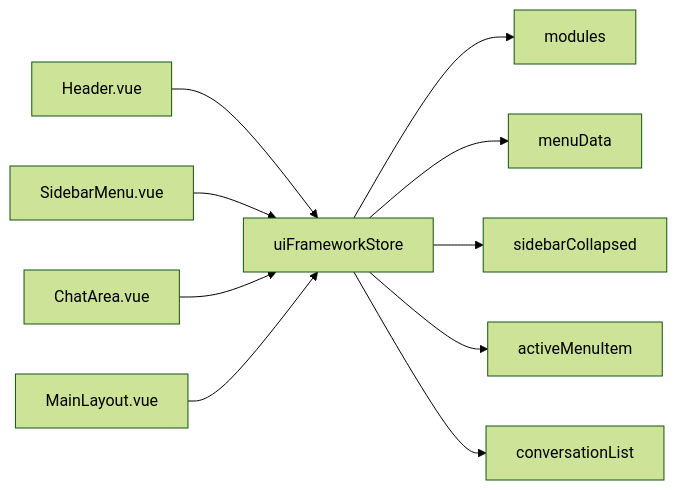
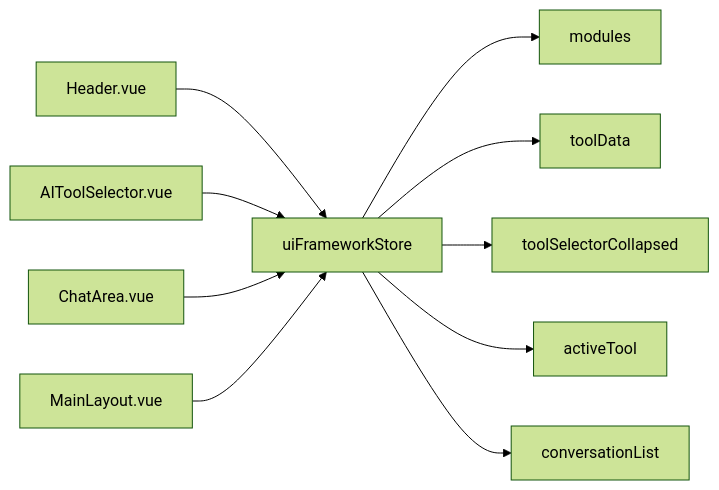
Before and after one commit to ZhangColin/ai-teacher-platform: the second of 3 diagrams in docs/design/frontend_architecture.md, drawn with Mermaid (forest theme). The commit also changed other lines of this file and 30 other files, not shown here.

````diff
--- a/docs/design/frontend_architecture.md
+++ b/docs/design/frontend_architecture.md
@@ -728,13 +745,13 @@
 ```mermaid
 graph LR
     A[uiFrameworkStore] --> B[modules]
-    A --> C[menuData]
-    A --> D[sidebarCollapsed]
-    A --> E[activeMenuItem]
+    A --> C[toolData]
+    A --> D[toolSelectorCollapsed]
+    A --> E[activeTool]
     A --> F[conversationList]
     
     G[Header.vue] --> A
-    H[SidebarMenu.vue] --> A
+    H[AIToolSelector.vue] --> A
     I[ChatArea.vue] --> A
     J[MainLayout.vue] --> A
 ```
````
